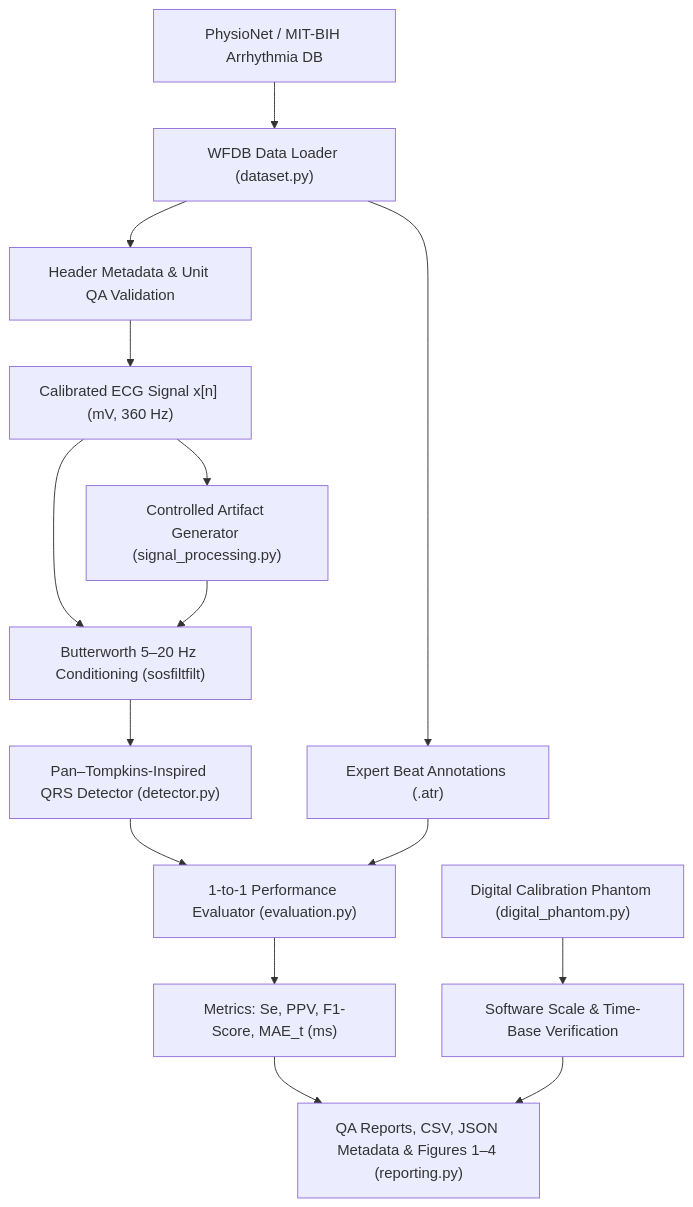
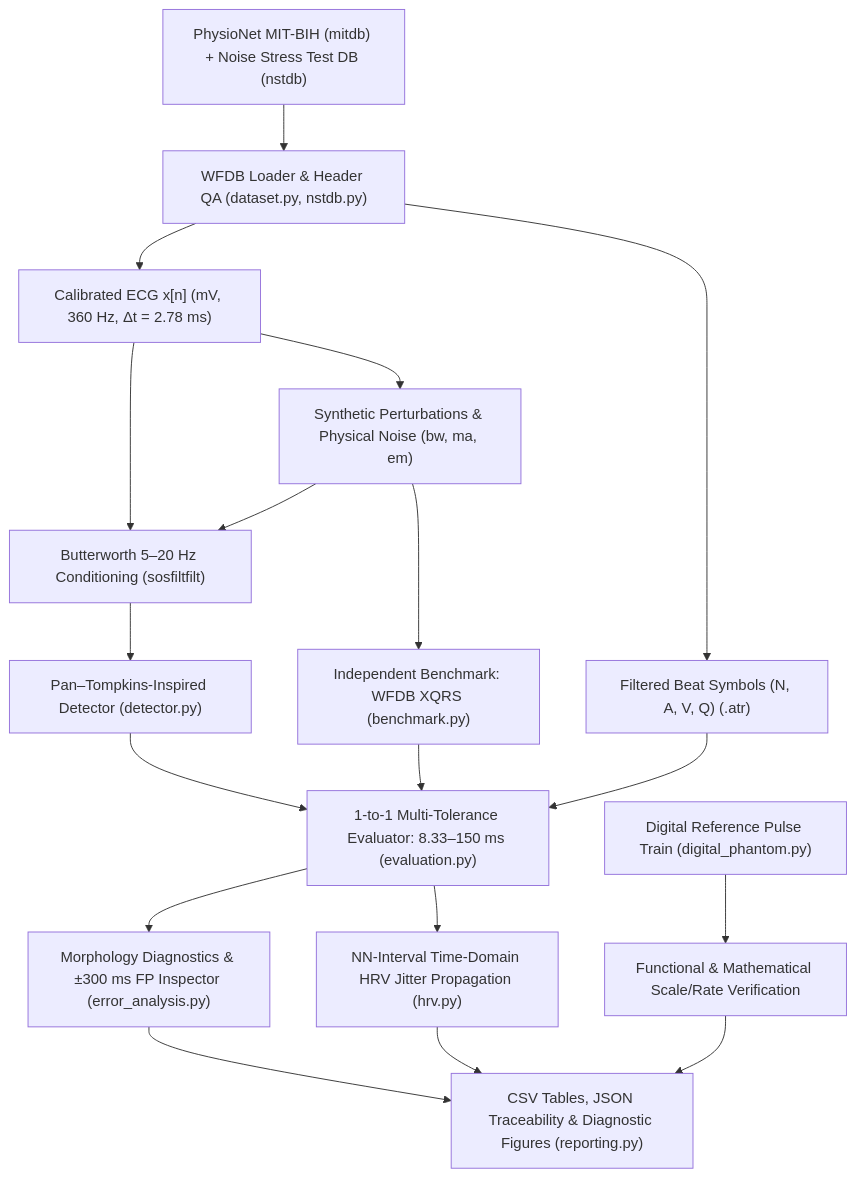
The diagram in README.md (Pirrijean/ECG-Integrity-Lab), drawn with Mermaid before and after one commit. The commit also changed other lines of this file and 77 other files, not shown here.

Commit message:
feat(v0.2.0): add tolerance sweep, MIT-BIH NSTDB real noise, morphology/FP diagnostics, WFDB XQRS benchmark, HRV jitter analysis, and methodological refinements

````diff
--- a/README.md
+++ b/README.md
@@ -12,17 +12,20 @@
 ```mermaid
 flowchart TD
-    A["PhysioNet / MIT-BIH Arrhythmia DB"] --> B["WFDB Data Loader (dataset.py)"]
-    B --> C["Header Metadata & Unit QA Validation"]
-    C --> D["Calibrated ECG Signal x[n] (mV, 360 Hz)"]
-    D --> E["Controlled Artifact Generator (signal_processing.py)"]
-    D --> F["Butterworth 5–20 Hz Conditioning (sosfiltfilt)"]
-    E --> F
-    F --> G["Pan–Tompkins-Inspired QRS Detector (detector.py)"]
-    B --> H["Expert Beat Annotations (.atr)"]
-    G --> I["1-to-1 Performance Evaluator (evaluation.py)"]
+    A["PhysioNet MIT-BIH (mitdb) + Noise Stress Test DB (nstdb)"] --> B["WFDB Loader & Header QA (dataset.py, nstdb.py)"]
+    B --> C["Calibrated ECG x[n] (mV, 360 Hz, Δt = 2.78 ms)"]
+    C --> D["Synthetic Perturbations & Physical Noise (bw, ma, em)"]
+    C --> E["Butterworth 5–20 Hz Conditioning (sosfiltfilt)"]
+    D --> E
+    E --> F["Pan–Tompkins-Inspired Detector (detector.py)"]
+    D --> G["Independent Benchmark: WFDB XQRS (benchmark.py)"]
+    B --> H["Filtered Beat Symbols (N, A, V, Q) (.atr)"]
+    F --> I["1-to-1 Multi-Tolerance Evaluator: 8.33–150 ms (evaluation.py)"]
+    G --> I
     H --> I
-    I --> J["Metrics: Se, PPV, F1-Score, MAE_t (ms)"]
-    J --> K["QA Reports, CSV, JSON Metadata & Figures 1–4 (reporting.py)"]
-    L["Digital Calibration Phantom (digital_phantom.py)"] --> M["Software Scale & Time-Base Verification"]
-    M --> K
+    I --> J["Morphology Diagnostics & ±300 ms FP Inspector (error_analysis.py)"]
+    I --> K["NN-Interval Time-Domain HRV Jitter Propagation (hrv.py)"]
+    L["Digital Reference Pulse Train (digital_phantom.py)"] --> M["Functional & Mathematical Scale/Rate Verification"]
+    J --> N["CSV Tables, JSON Traceability & Diagnostic Figures (reporting.py)"]
+    K --> N
+    M --> N
 ```
````
